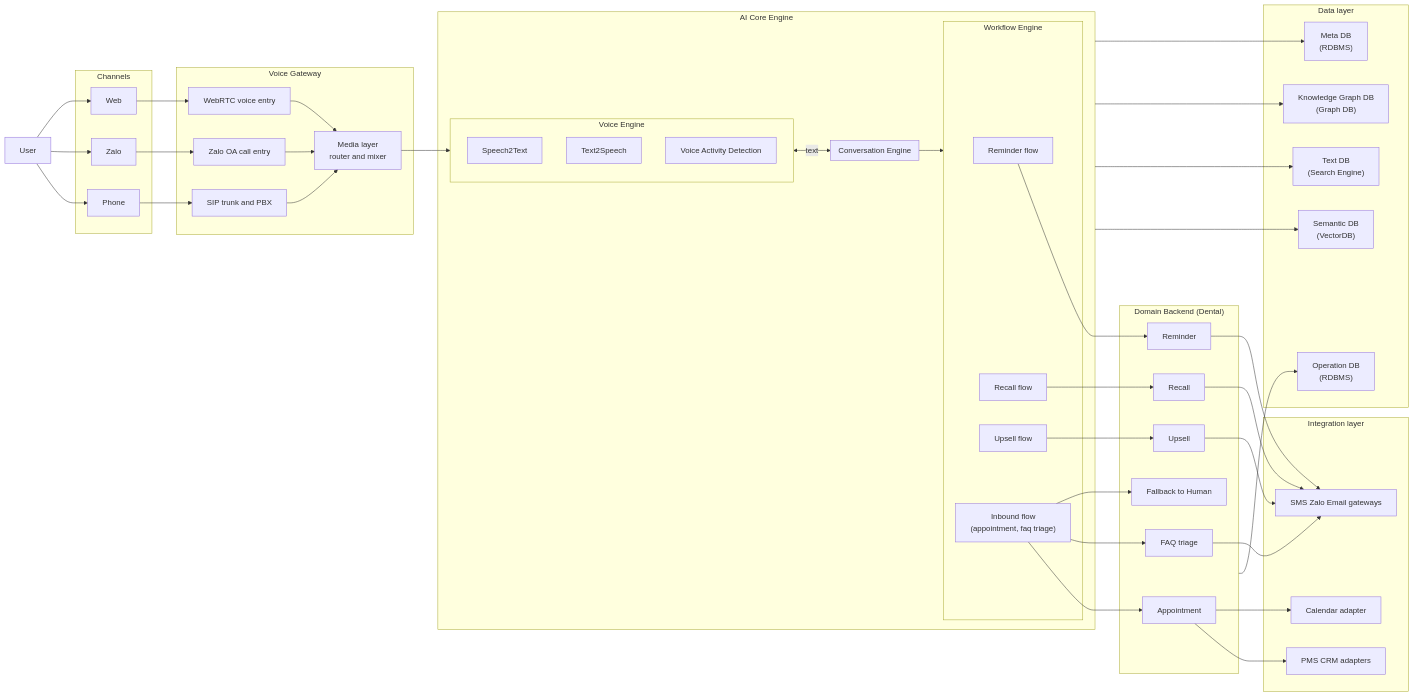
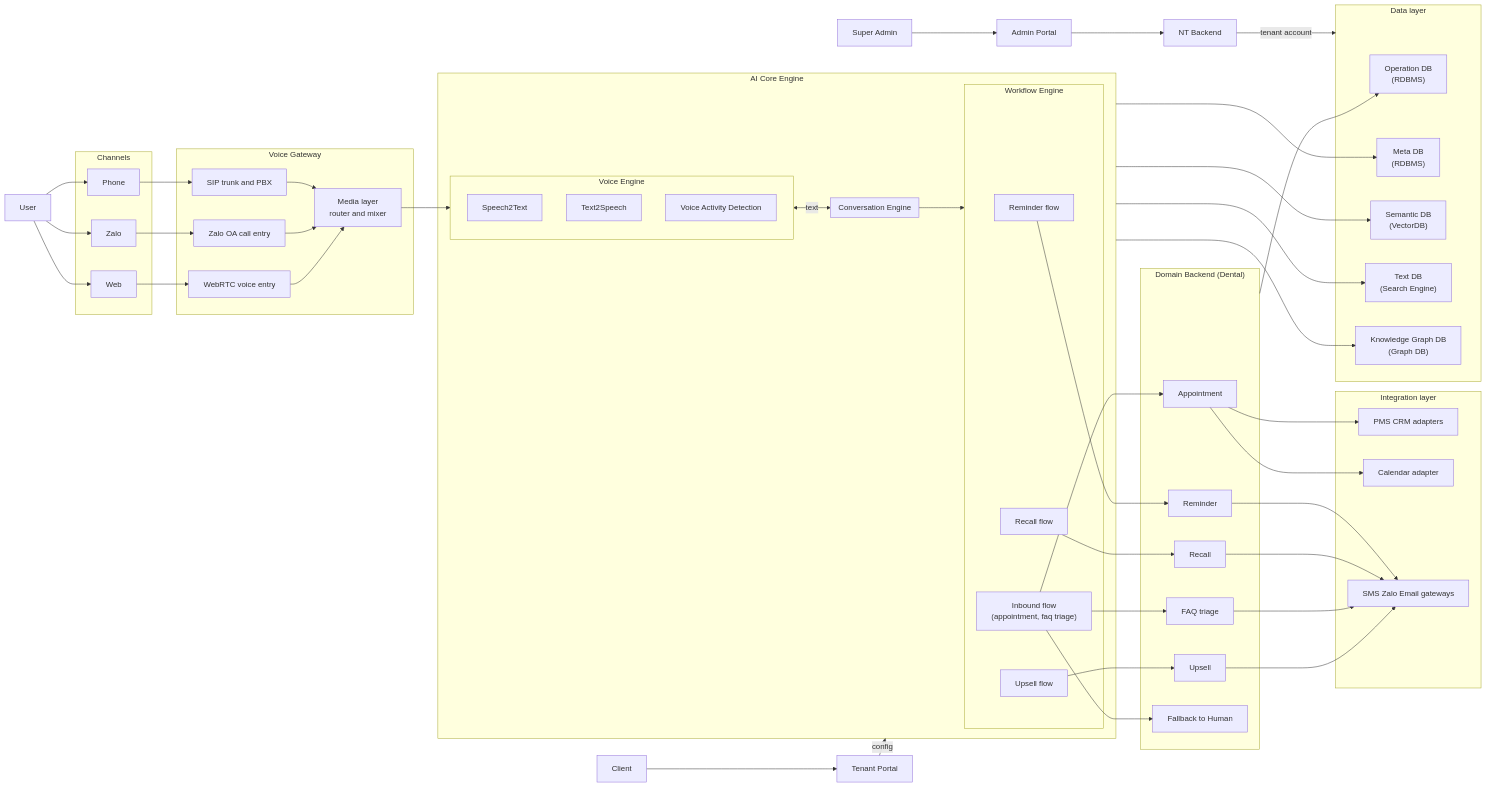
The diagram in NuiTruc/voicebot-inbound/design.md (anhttmle/CAIO), drawn with Mermaid before and after one commit. The commit also changed other lines of this file, not shown here.

```diff
--- a/NuiTruc/voicebot-inbound/design.md
+++ b/NuiTruc/voicebot-inbound/design.md
@@ -5,6 +6,8 @@
   flowchart LR
 
   user["User"]
+  client["Client"]
+  admin["Super Admin"]
 
   subgraph channels["Channels"]
     phone["Phone"]
@@ -32,6 +35,10 @@
   user --> web
   web --> webRTC
 
+  tenant_portal["Tenant Portal"]
+  admin_portal["Admin Portal"]
+  NT_be["NT Backend"]
+  
   subgraph ai_core_engine["AI Core Engine"]
     subgraph voice_engine["Voice Engine"]
       STT["Speech2Text"]
@@ -54,8 +61,6 @@
     conversation_engine --> workflow_engine
   end
 
-  media_layer --> voice_engine
-
   subgraph data_layer["Data layer"]
     operation_db["Operation DB<br>(RDBMS)"]
     meta_db["Meta DB<br>(RDBMS)"]
@@ -72,6 +77,13 @@
     upsell_service["Upsell"]
     fallback_human["Fallback to Human"]
   end
+
+  media_layer --> voice_engine
+  client --> tenant_portal
+  tenant_portal --"config"--> ai_core_engine
+  admin --> admin_portal
+  admin_portal --> NT_be
+  NT_be --"tenant account"--> data_layer
 
   ai_core_engine --> semantic_db
   ai_core_engine --> text_db
```
